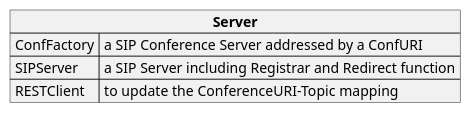
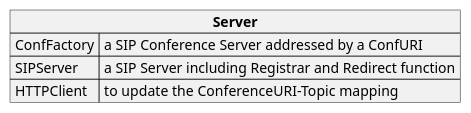
One commit to chumvan/rtppubsub changed the diagram in pubsub/components/server.puml. Above: the diagram before and after it, drawn with PlantUML. The commit also changed 9 other files, not shown here.

Commit message:
edit sequences

```diff
--- a/pubsub/components/server.puml
+++ b/pubsub/components/server.puml
@@ -1,7 +1,7 @@
 @startuml server
 json "<b>Server" as S {
     "ConfFactory": "a SIP Conference Server addressed by a ConfURI",
     "SIPServer": "a SIP Server including Registrar and Redirect function",
-    "RESTClient": "to update the ConferenceURI-Topic mapping"
+    "HTTPClient": "to update the ConferenceURI-Topic mapping"
 }
 @enduml
```
